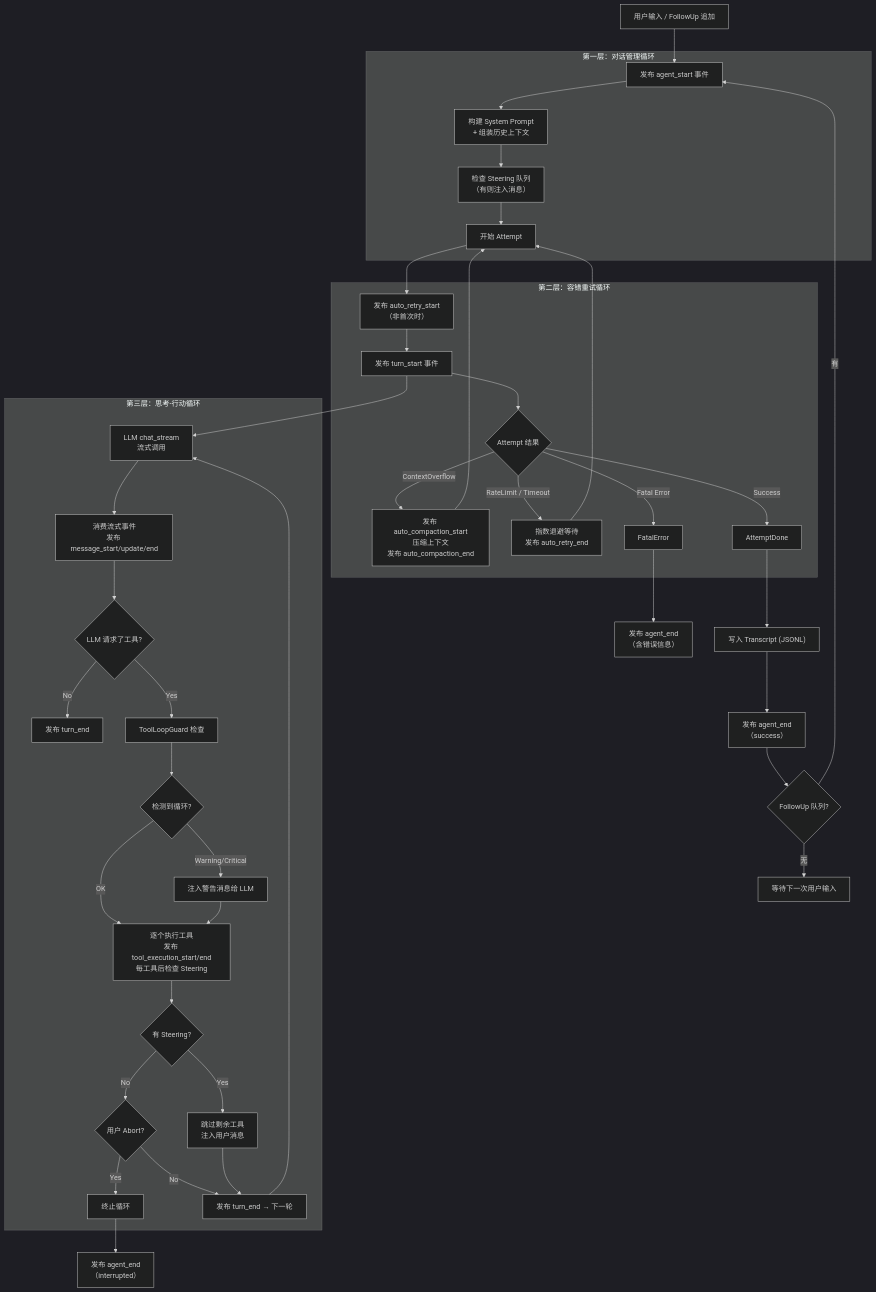
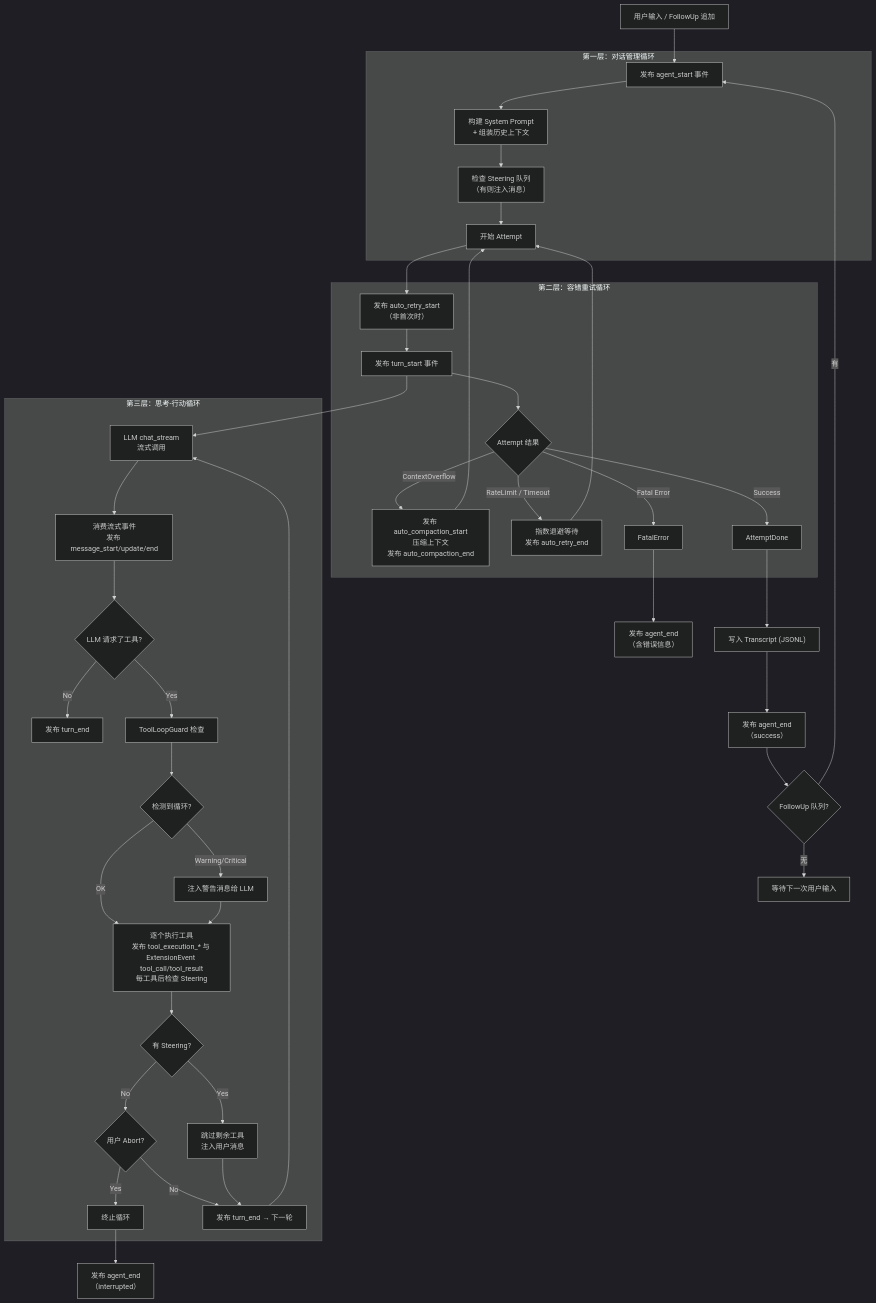
The diagram in pi-rust-wasm/openspec/specs/architecture/agent-loop.md (teisun/tomcat-agent), drawn with Mermaid (dark theme) before and after one commit. The commit also changed other lines of this file and 18 other files, not shown here.

First line of the commit message:
feat(pi-rust-wasm): pi-mono 工具事件五段对齐 (tool_execution_* + ExtensionEvent)

````diff
--- a/pi-rust-wasm/openspec/specs/architecture/agent-loop.md
+++ b/pi-rust-wasm/openspec/specs/architecture/agent-loop.md
@@ -66,50 +66,50 @@
 ```mermaid
 flowchart TD
     UserInput["用户输入 / FollowUp 追加"] --> EmitAgentStart
 
     subgraph Layer1["第一层：对话管理循环"]
         EmitAgentStart["发布 agent_start 事件"] --> BuildPrompt
         BuildPrompt["构建 System Prompt\n+ 组装历史上下文"] --> CheckSteering
         CheckSteering["检查 Steering 队列\n（有则注入消息）"] --> Layer2Entry
     end
 
     subgraph Layer2["第二层：容错重试循环"]
         Layer2Entry["开始 Attempt"] --> EmitRetryStart
         EmitRetryStart["发布 auto_retry_start\n（非首次时）"] --> Layer3Entry
         Layer3Entry --> AttemptResult
         AttemptResult{Attempt 结果} -->|ContextOverflow| EmitCompact
         AttemptResult -->|"RateLimit / Timeout"| Backoff
         AttemptResult -->|Success| AttemptDone
         AttemptResult -->|"Fatal Error"| FatalError
         EmitCompact["发布 auto_compaction_start\n压缩上下文\n发布 auto_compaction_end"] --> Layer2Entry
         Backoff["指数退避等待\n发布 auto_retry_end"] --> Layer2Entry
     end
 
     subgraph Layer3["第三层：思考-行动循环"]
         Layer3Entry["发布 turn_start 事件"] --> LLMCall
         LLMCall["LLM chat_stream\n流式调用"] --> StreamEvents
         StreamEvents["消费流式事件\n发布 message_start/update/end"] --> HasTools
         HasTools{LLM 请求了工具?} -->|No| TurnDone
         HasTools -->|Yes| ToolLoopCheck
         ToolLoopCheck["ToolLoopGuard 检查"] --> LoopDetected
         LoopDetected{检测到循环?} -->|"Warning/Critical"| InjectWarning["注入警告消息给 LLM"]
         LoopDetected -->|OK| ExecTools
         InjectWarning --> ExecTools
-        ExecTools["逐个执行工具\n发布 tool_execution_start/end\n每工具后检查 Steering"] --> SteeringCheck2
+        ExecTools["逐个执行工具\n发布 tool_execution_* 与 ExtensionEvent tool_call/tool_result\n每工具后检查 Steering"] --> SteeringCheck2
         SteeringCheck2{有 Steering?} -->|Yes| SkipRemaining["跳过剩余工具\n注入用户消息"]
         SteeringCheck2 -->|No| CheckAbort
         CheckAbort{用户 Abort?} -->|Yes| AbortExit["终止循环"]
         CheckAbort -->|No| NextTurn["发布 turn_end → 下一轮"]
         SkipRemaining --> NextTurn
         NextTurn --> LLMCall
         TurnDone["发布 turn_end"]
     end
 
     AttemptDone --> Persist["写入 Transcript (JSONL)"]
     FatalError --> EmitError["发布 agent_end\n（含错误信息）"]
     AbortExit --> EmitAbort["发布 agent_end\n（interrupted）"]
     Persist --> EmitAgentEnd["发布 agent_end\n（success）"]
     EmitAgentEnd --> CheckFollowUp{FollowUp 队列?}
     CheckFollowUp -->|有| EmitAgentStart
     CheckFollowUp -->|无| WaitInput["等待下一次用户输入"]
 ```
````
